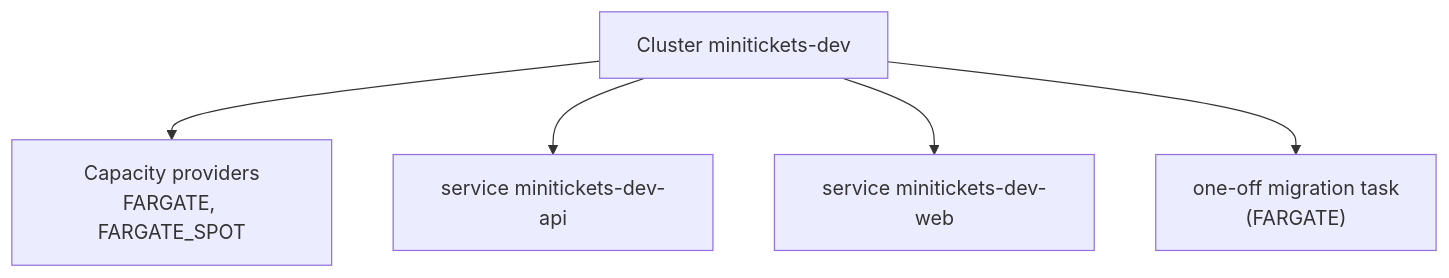
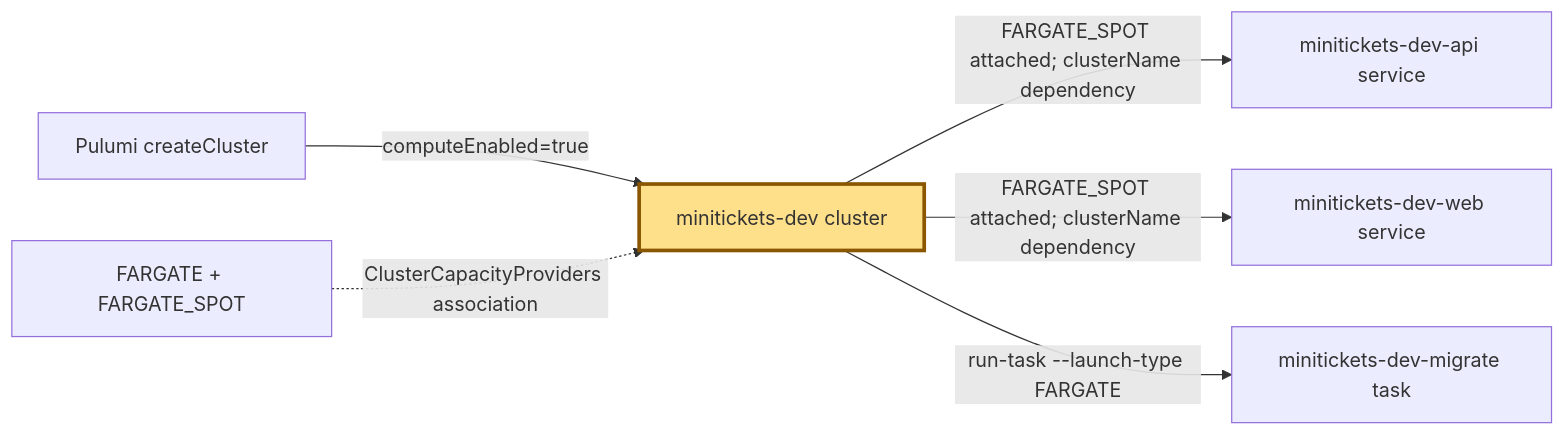
One commit to maheshnd/minitickets changed the first of 2 diagrams in docs/handbook/concepts/ecs-cluster.md. Above: the diagram before and after it, drawn with Mermaid. The commit also changed other lines of this file and 43 other files, not shown here.

````diff
--- a/docs/handbook/concepts/ecs-cluster.md
+++ b/docs/handbook/concepts/ecs-cluster.md
@@ -20,7 +13,10 @@
 ```mermaid
-flowchart TB
-    cl["Cluster minitickets-dev"] --> cp["Capacity providers<br/>FARGATE, FARGATE_SPOT"]
-    cl --> s1["service minitickets-dev-api"]
-    cl --> s2["service minitickets-dev-web"]
-    cl --> m["one-off migration task<br/>(FARGATE)"]
+flowchart LR
+    P["Pulumi createCluster"] -->|"computeEnabled=true"| C["minitickets-dev cluster"]
+    C -->|"FARGATE_SPOT attached; clusterName dependency"| A["minitickets-dev-api service"]
+    C -->|"FARGATE_SPOT attached; clusterName dependency"| W["minitickets-dev-web service"]
+    C -->|"run-task --launch-type FARGATE"| M["minitickets-dev-migrate task"]
+    CP["FARGATE + FARGATE_SPOT"] -.->|"ClusterCapacityProviders association"| C
+    classDef focus fill:#ffe08a,stroke:#8a5700,stroke-width:3px
+    class C focus
 ```
````
